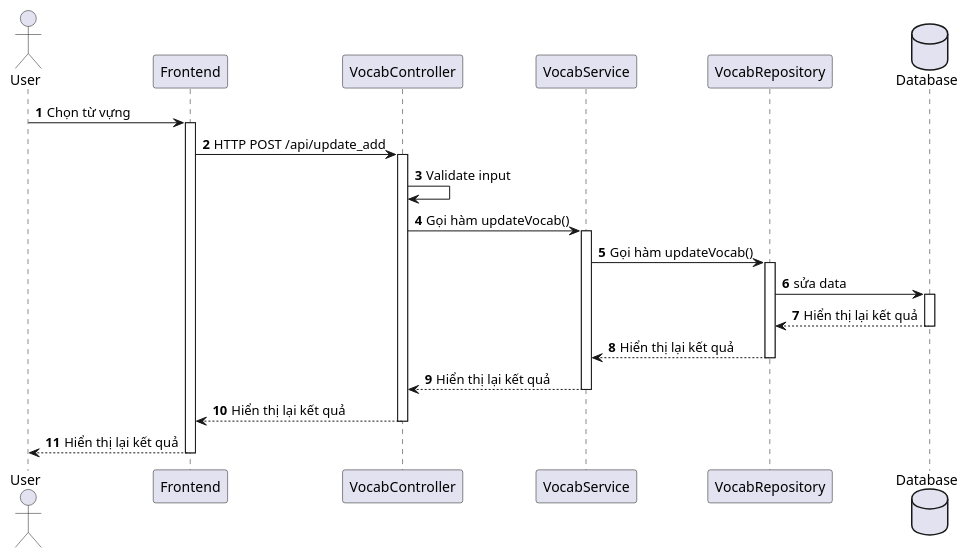
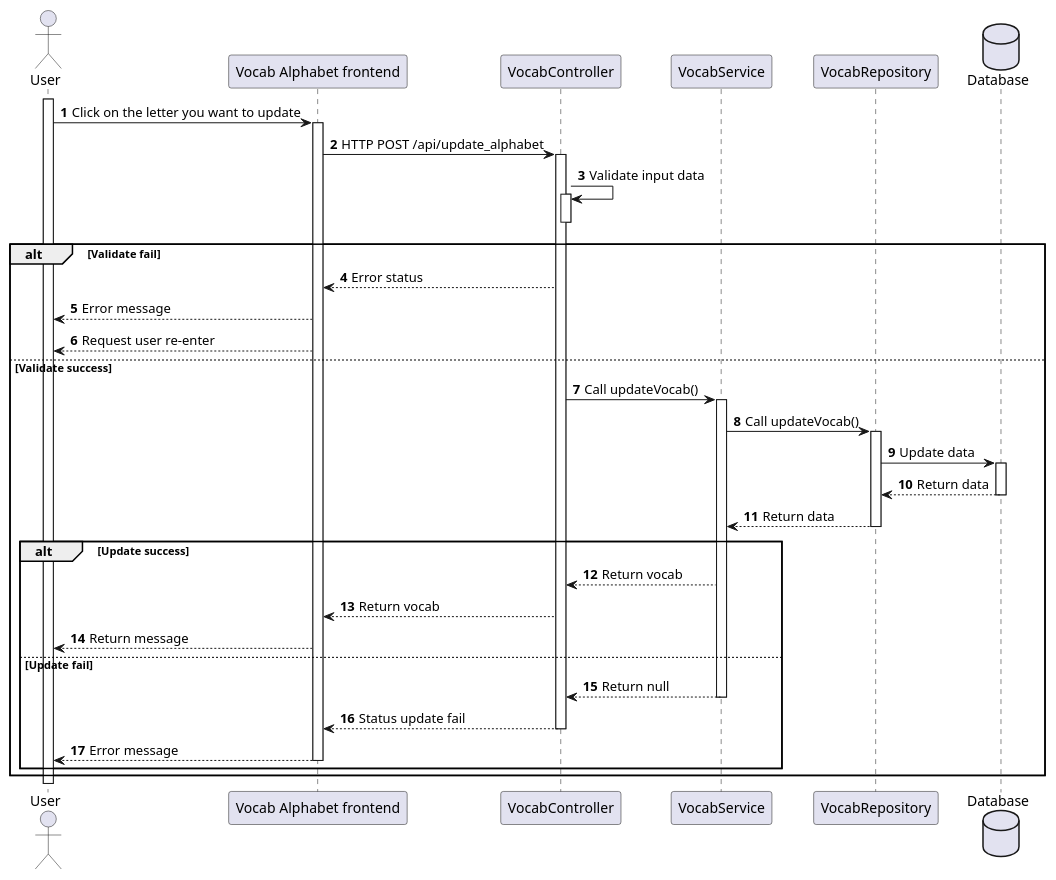
One commit to Annthe160639/japanese-app changed the diagram in japanese-app/plant_uml/vocab/Update_Vocab.puml. Above: the diagram before and after it, drawn with PlantUML. The commit also changed 7 other files, not shown here.

Commit message:
update sequence

```diff
--- a/japanese-app/plant_uml/vocab/Update_Vocab.puml
+++ b/japanese-app/plant_uml/vocab/Update_Vocab.puml
@@ -1,28 +1,53 @@
 @startuml
 'https://plantuml.com/sequence-diagram
 
 autonumber
 
 actor User
-participant "Frontend" as Frontend
+
+participant "Vocab Alphabet frontend" as fe
 participant "VocabController" as Controller
 participant "VocabService" as Service
 participant "VocabRepository" as Repository
+
 database Database
+activate User
 
-autonumber
-User -> Frontend++: Chọn từ vựng
+User -> fe++: Click on the letter you want to update
 
-Frontend -> Controller++: HTTP POST /api/update_add
-Controller -> Controller: Validate input
+fe -> Controller++: HTTP POST /api/update_alphabet
 
-Controller -> Service++: Gọi hàm updateVocab()
-Service -> Repository++: Gọi hàm updateVocab()
-Repository -> Database++: sửa data
-Database --> Repository--: Hiển thị lại kết quả
-Repository --> Service--: Hiển thị lại kết quả
-Service --> Controller--: Hiển thị lại kết quả
-Controller --> Frontend--: Hiển thị lại kết quả
-Frontend --> User--: Hiển thị lại kết quả
+Controller -> Controller: Validate input data
+activate Controller
+deactivate Controller
+
+alt Validate fail
+Controller-->fe: Error status
+fe-->User: Error message
+fe-->User: Request user re-enter
+else Validate success
+Controller -> Service++: Call updateVocab()
+Service -> Repository++: Call updateVocab()
+Repository -> Database++: Update data
+Database --> Repository--: Return data
+Repository --> Service--: Return data
+
+    alt Update success
+
+Service --> Controller: Return vocab
+Controller --> fe: Return vocab
+fe --> User: Return message
+
+    else Update fail
+
+Service --> Controller--: Return null
+Controller --> fe--: Status update fail
+fe --> User--: Error message
+
+end
+
+end
+
+
 
 @enduml
```
